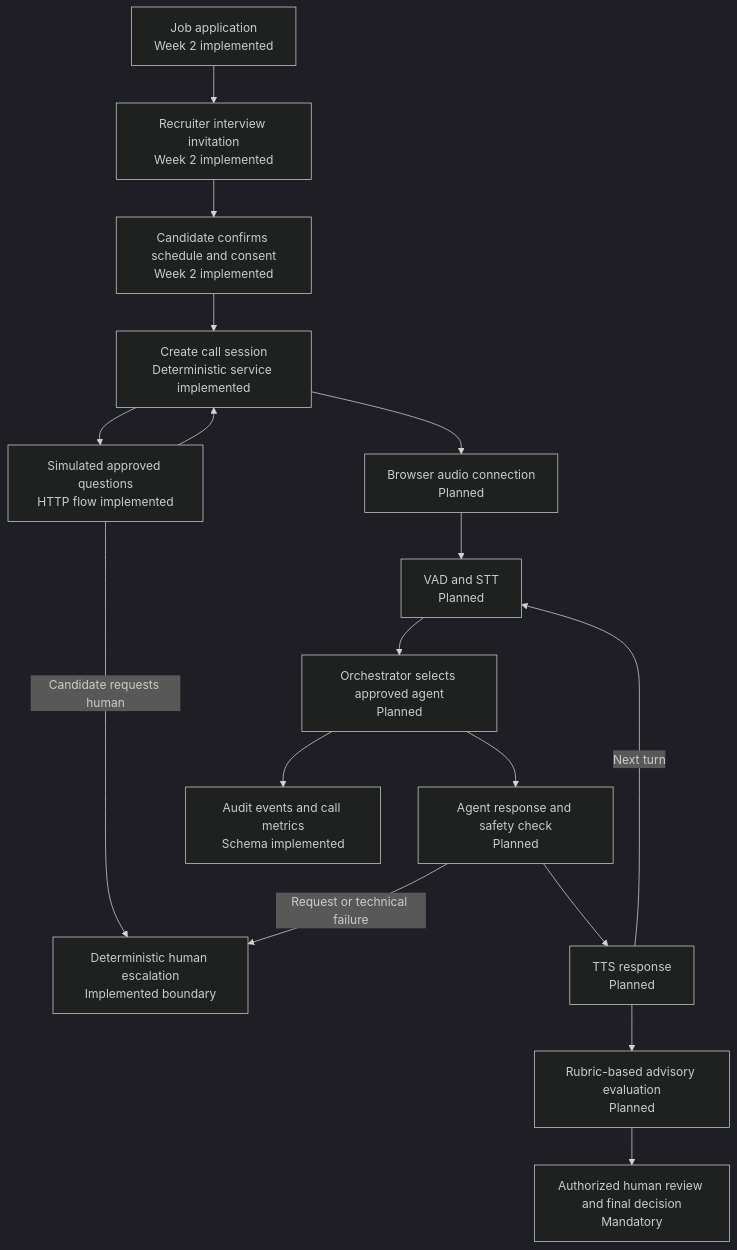
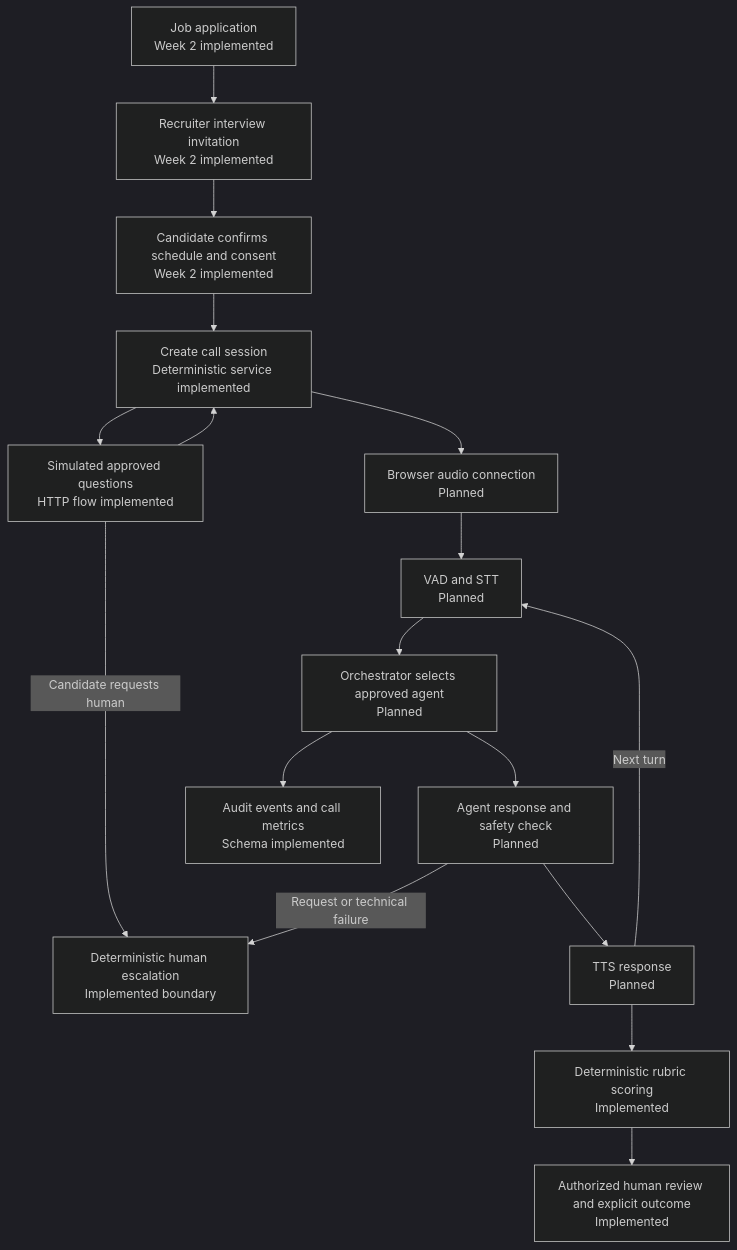
Before and after one commit to hamzadugal21/MultiAgentCaller: the second of 4 diagrams in docs/ARCHITECTURE.md, drawn with Mermaid (dark theme). The commit also changed other lines of this file and 165 other files, not shown here.

````diff
--- a/docs/ARCHITECTURE.md
+++ b/docs/ARCHITECTURE.md
@@ -82,19 +85,19 @@
 ```mermaid
 flowchart TD
     A[Job application<br/>Week 2 implemented] --> B[Recruiter interview invitation<br/>Week 2 implemented]
     B --> C[Candidate confirms schedule and consent<br/>Week 2 implemented]
     C --> D[Create call session<br/>Deterministic service implemented]
     D --> S[Simulated approved questions<br/>HTTP flow implemented]
     S --> D
     S -->|Candidate requests human| J
     D --> E[Browser audio connection<br/>Planned]
     E --> F[VAD and STT<br/>Planned]
     F --> G[Orchestrator selects approved agent<br/>Planned]
     G --> H[Agent response and safety check<br/>Planned]
     H --> I[TTS response<br/>Planned]
     I -->|Next turn| F
     H -->|Request or technical failure| J[Deterministic human escalation<br/>Implemented boundary]
     G --> K[Audit events and call metrics<br/>Schema implemented]
-    I --> L[Rubric-based advisory evaluation<br/>Planned]
-    L --> M[Authorized human review and final decision<br/>Mandatory]
+    I --> L[Deterministic rubric scoring<br/>Implemented]
+    L --> M[Authorized human review and explicit outcome<br/>Implemented]
 ```
````
